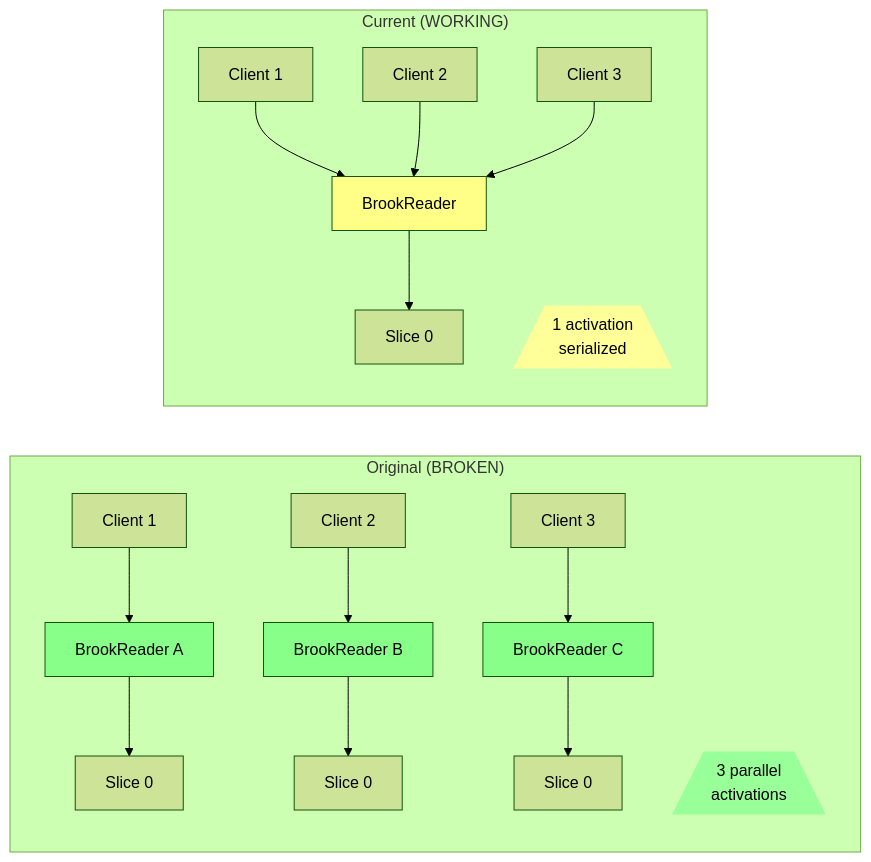
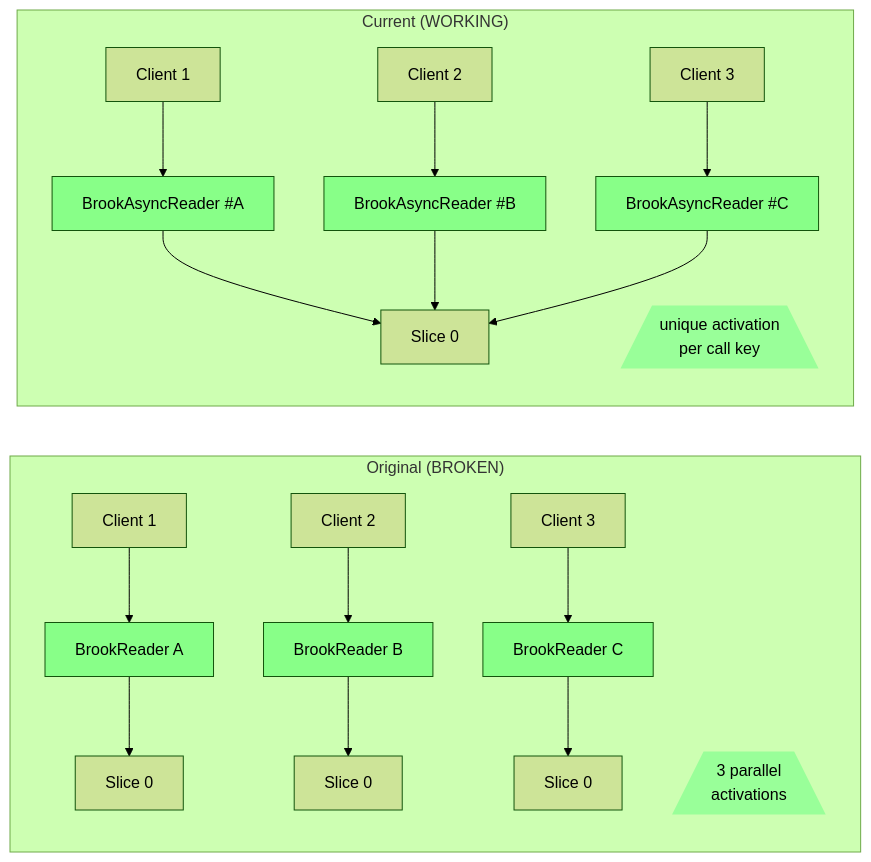
Before and after one commit to Gibbs-Morris/mississippi: the seventh of 8 diagrams in docs/brook-reader-performance-analysis.md, drawn with Mermaid (forest theme). The commit also changed other lines of this file and 2 other files, not shown here.

Commit message:
Add namespace maps and update grain dependency diagrams for clarity

````diff
--- a/docs/brook-reader-performance-analysis.md
+++ b/docs/brook-reader-performance-analysis.md
@@ -394,28 +408,32 @@
 ```mermaid
 flowchart LR
     subgraph "Original (BROKEN)"
         C1[Client 1] --> BRA[BrookReader A]
         C2[Client 2] --> BRB[BrookReader B]
         C3[Client 3] --> BRC[BrookReader C]
         BRA --> SR0A[Slice 0]
         BRB --> SR0B[Slice 0]
         BRC --> SR0C[Slice 0]
         note1[/"3 parallel<br/>activations"\]
     end
 
     subgraph "Current (WORKING)"
-        C4[Client 1] --> BR[BrookReader]
-        C5[Client 2] --> BR
-        C6[Client 3] --> BR
-        BR --> SR0[Slice 0]
-        note2[/"1 activation<br/>serialized"\]
+        C4[Client 1] --> BAR1[BrookAsyncReader #A]
+        C5[Client 2] --> BAR2[BrookAsyncReader #B]
+        C6[Client 3] --> BAR3[BrookAsyncReader #C]
+        BAR1 --> SR0[Slice 0]
+        BAR2 --> SR0
+        BAR3 --> SR0
+        note2[/"unique activation<br/>per call key"\]
     end
 
     style BRA fill:#8f8
     style BRB fill:#8f8
     style BRC fill:#8f8
-    style BR fill:#ff8
+    style BAR1 fill:#8f8
+    style BAR2 fill:#8f8
+    style BAR3 fill:#8f8
 
     style note1 fill:#9f9,stroke:none
-    style note2 fill:#ff9,stroke:none
+    style note2 fill:#9f9,stroke:none
 ```
````
